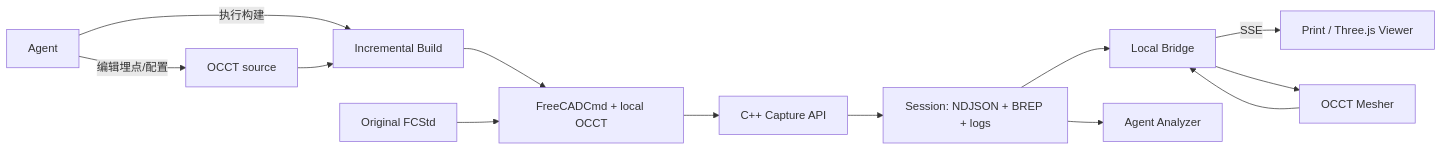
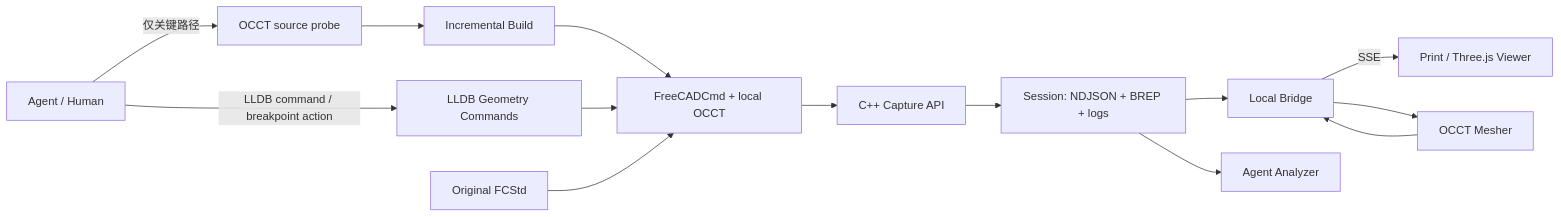
One commit to liyongzheng666/freecad-occt-debug-kit changed the first of 2 diagrams in docs/occ-fillet-debug-agent-architecture.md. Above: the diagram before and after it, drawn with Mermaid. The commit also changed other lines of this file and 2 other files, not shown here.

Commit message:
docs: prioritize LLDB dynamic geometry capture

````diff
--- a/docs/occ-fillet-debug-agent-architecture.md
+++ b/docs/occ-fillet-debug-agent-architecture.md
@@ -149,15 +153,16 @@
 ```mermaid
 flowchart LR
-    A["Agent"] -->|"编辑埋点/配置"| B["OCCT source"]
-    A -->|"执行构建"| C["Incremental Build"]
-    B --> C
+    A["Agent / Human"] -->|"LLDB command / breakpoint action"| E["LLDB Geometry Commands"]
+    A -->|"仅关键路径"| B["OCCT source probe"]
+    B --> C["Incremental Build"]
     C --> D["FreeCADCmd + local OCCT"]
+    E --> D
     F["Original FCStd"] --> D
     D --> G["C++ Capture API"]
     G --> H["Session: NDJSON + BREP + logs"]
     H --> I["Local Bridge"]
     I -->|"SSE"| J["Print / Three.js Viewer"]
     H --> K["Agent Analyzer"]
     L["OCCT Mesher"] --> I
     I --> L
 ```
````
